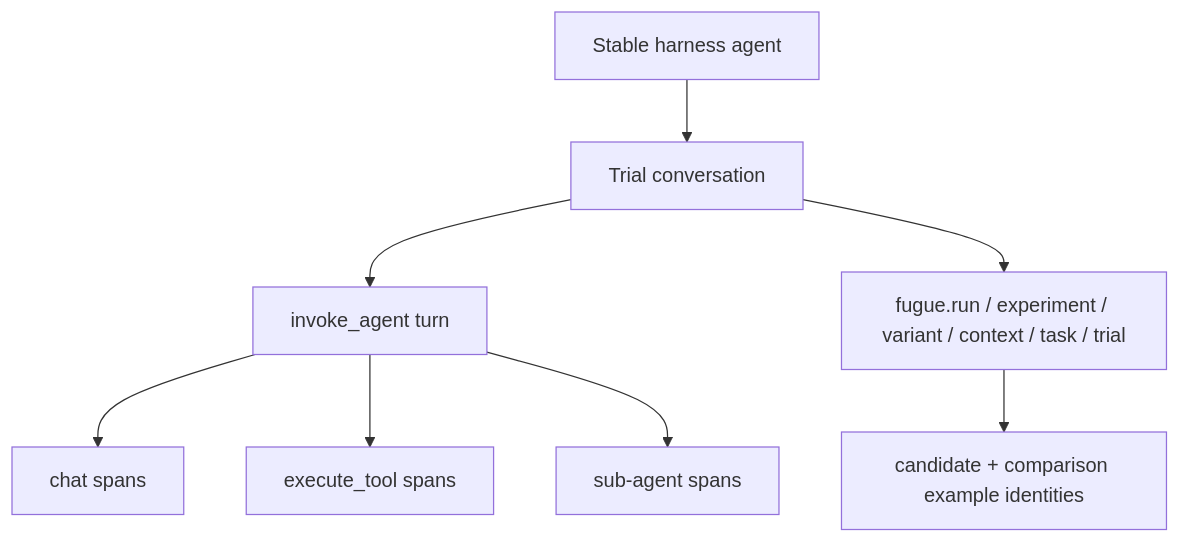
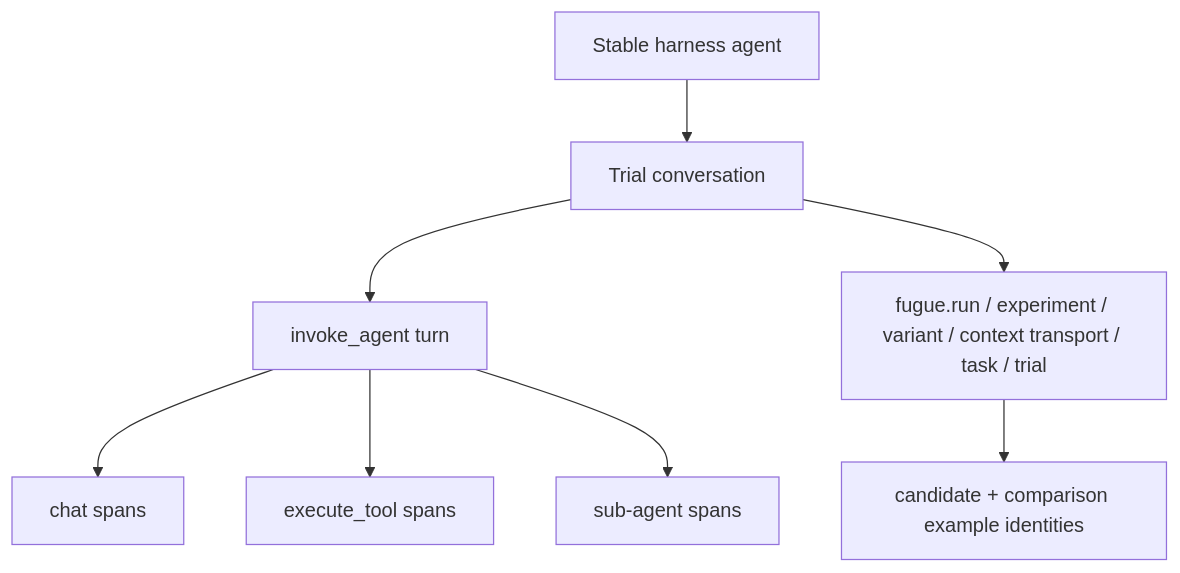
Before and after one commit to ash0ts/fugue: diagram 12 of 12 in README.md, drawn with Mermaid. The commit also changed other lines of this file and 4 other files, not shown here.

````diff
--- a/README.md
+++ b/README.md
@@ -432,10 +496,10 @@
 ```mermaid
 flowchart TD
     AGENT["Stable harness agent"] --> CONV["Trial conversation"]
     CONV --> TURN["invoke_agent turn"]
     TURN --> CHAT["chat spans"]
     TURN --> TOOL["execute_tool spans"]
     TURN --> SUB["sub-agent spans"]
-    CONV --> ATTR["fugue.run / experiment / variant / context / task / trial"]
+    CONV --> ATTR["fugue.run / experiment / variant / context transport / task / trial"]
     ATTR --> ID["candidate + comparison example identities"]
 ```
````
